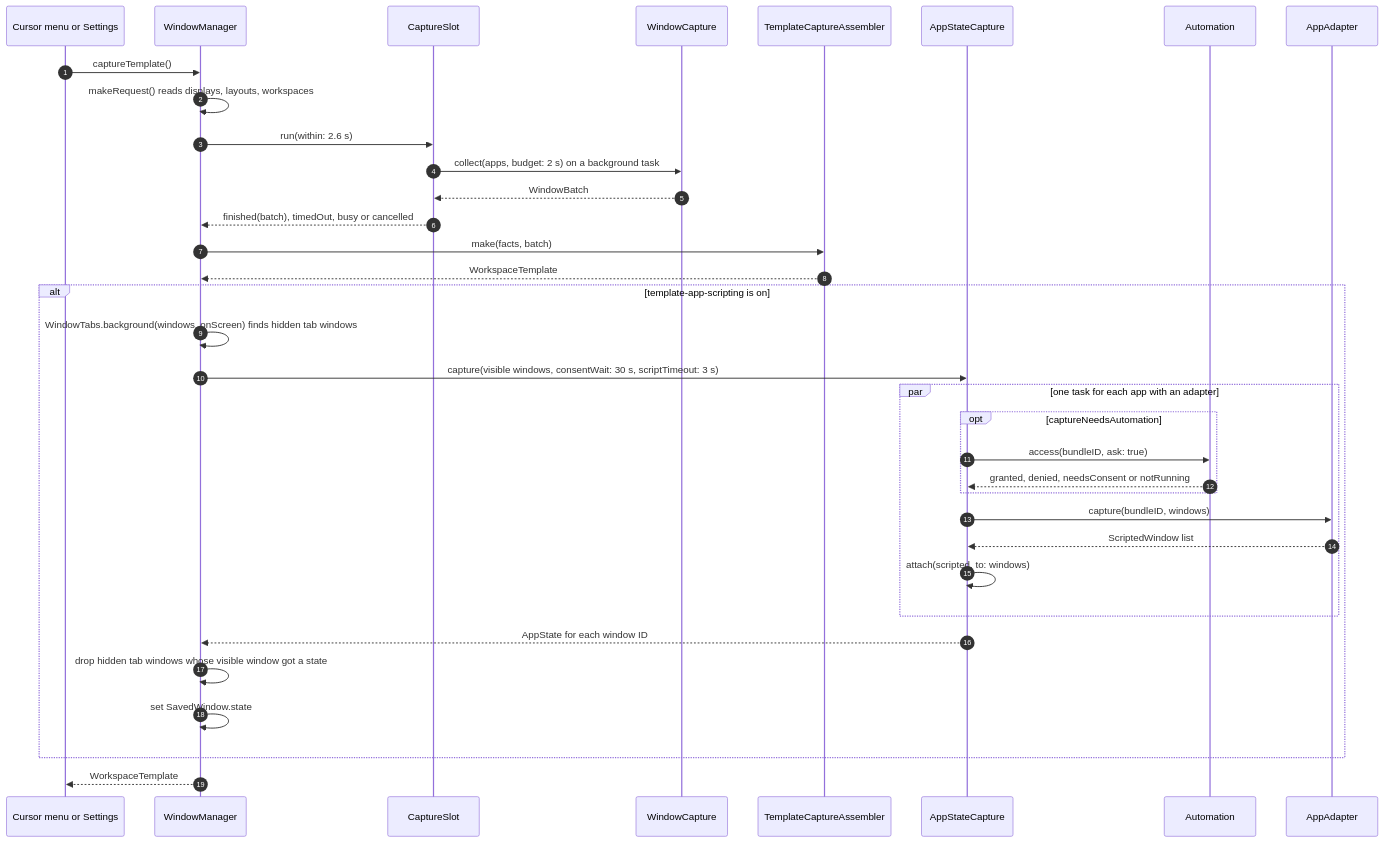
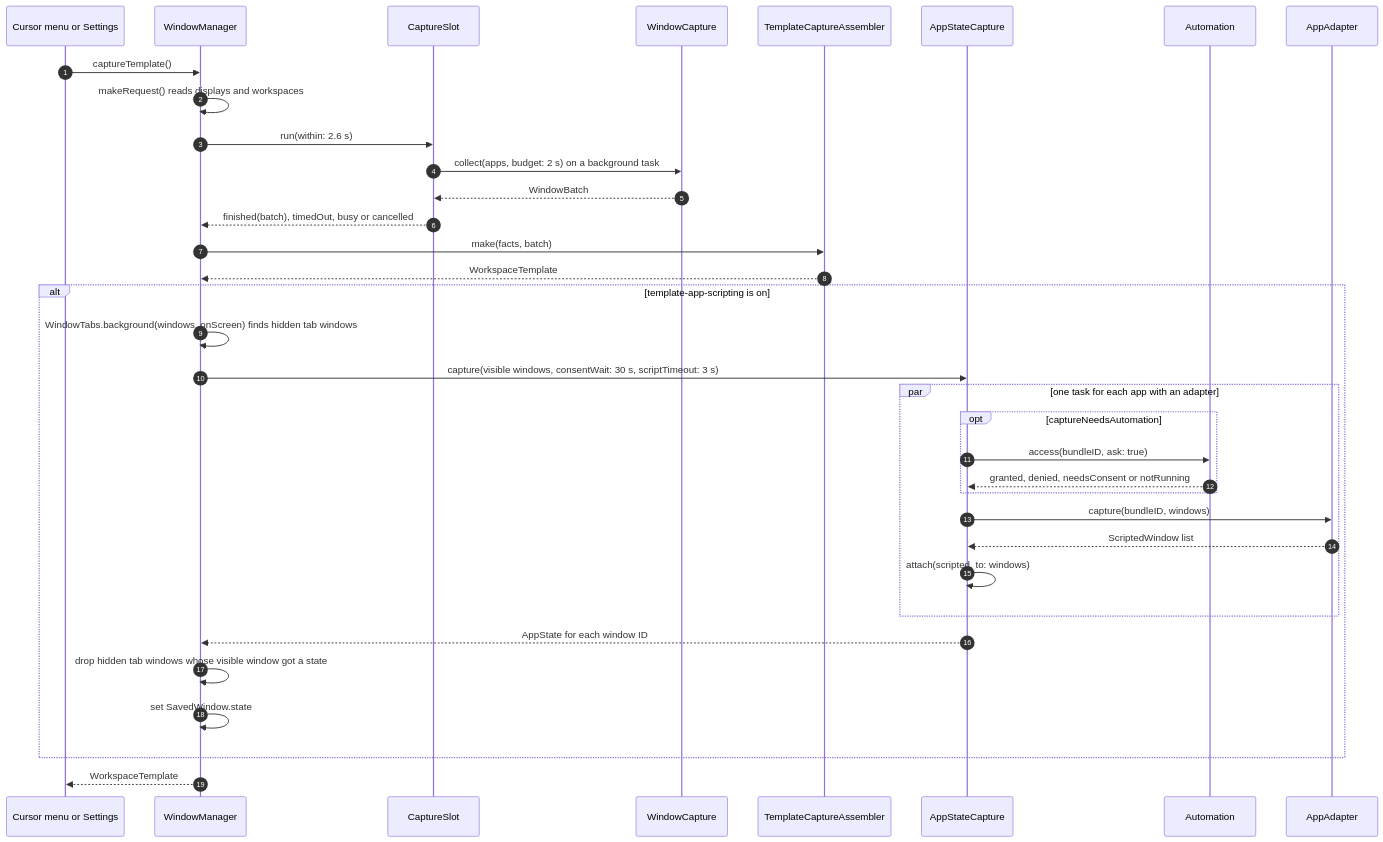
The third of 16 diagrams in docs/internals/window-session.md (ganya002/CatWM), drawn with Mermaid before and after one commit. The commit also changed other lines of this file and 134 other files, not shown here.

````diff
--- a/docs/internals/window-session.md
+++ b/docs/internals/window-session.md
@@ -95,38 +95,38 @@
 ```mermaid
 sequenceDiagram
     autonumber
     participant UI as Cursor menu or Settings
     participant WM as WindowManager
     participant Slot as CaptureSlot
     participant WC as WindowCapture
     participant AS as TemplateCaptureAssembler
     participant SC as AppStateCapture
     participant AU as Automation
     participant AD as AppAdapter
 
     UI->>WM: captureTemplate()
-    WM->>WM: makeRequest() reads displays, layouts, workspaces
+    WM->>WM: makeRequest() reads displays and workspaces
     WM->>Slot: run(within: 2.6 s)
     Slot->>WC: collect(apps, budget: 2 s) on a background task
     WC-->>Slot: WindowBatch
     Slot-->>WM: finished(batch), timedOut, busy or cancelled
     WM->>AS: make(facts, batch)
     AS-->>WM: WorkspaceTemplate
     alt template-app-scripting is on
         WM->>WM: WindowTabs.background(windows, onScreen) finds hidden tab windows
         WM->>SC: capture(visible windows, consentWait: 30 s, scriptTimeout: 3 s)
         par one task for each app with an adapter
             opt captureNeedsAutomation
                 SC->>AU: access(bundleID, ask: true)
                 AU-->>SC: granted, denied, needsConsent or notRunning
             end
             SC->>AD: capture(bundleID, windows)
             AD-->>SC: ScriptedWindow list
             SC->>SC: attach(scripted, to: windows)
         end
         SC-->>WM: AppState for each window ID
         WM->>WM: drop hidden tab windows whose visible window got a state
         WM->>WM: set SavedWindow.state
     end
     WM-->>UI: WorkspaceTemplate
 ```
````
